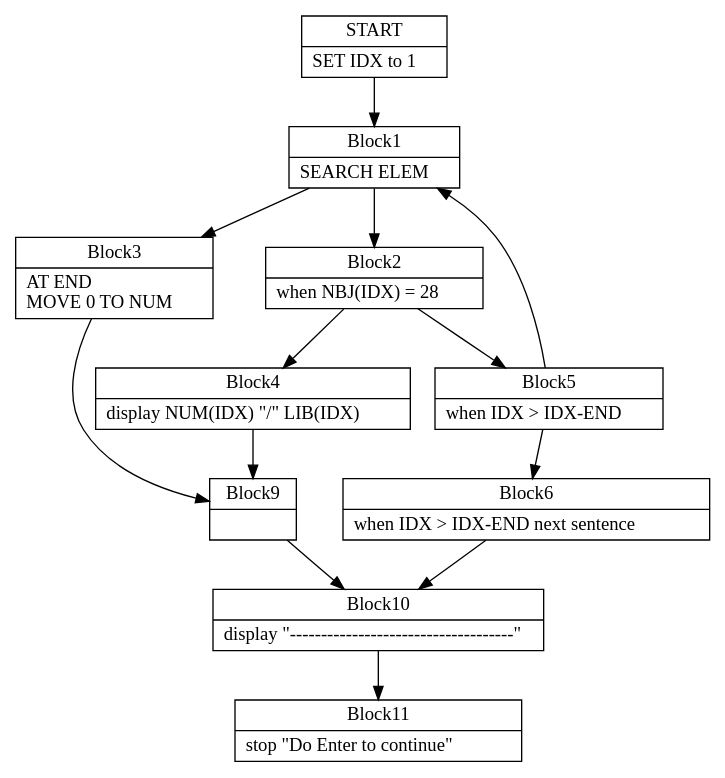
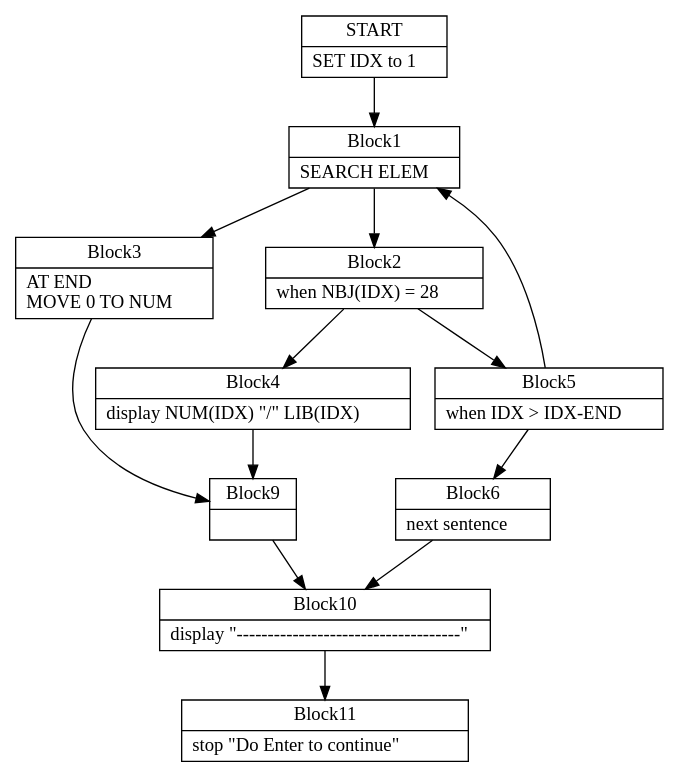
The diagram in TypeCobol.Analysis.Test/DotOutput/SearchCond0.dot (TypeCobolTeam/TypeCobol), drawn with Graphviz before and after one commit. The commit also changed 7 other files, not shown here.

```diff
--- a/TypeCobol.Analysis.Test/DotOutput/SearchCond0.dot
+++ b/TypeCobol.Analysis.Test/DotOutput/SearchCond0.dot
@@ -1,52 +1,52 @@
 digraph Cfg {
 node [
 shape = "record"
 ]
 
 edge [
 arrowtail = "empty"
 ]
 Block0 [
 label = "{START|    SET IDX to 1\l}"
 ]
 Block1 [
 label = "{Block1|    SEARCH ELEM\l}"
 ]
 Block2 [
 label = "{Block2|           when NBJ(IDX) = 28\l}"
 ]
 Block4 [
 label = "{Block4|           display NUM(IDX) \"/\" LIB(IDX)\l}"
 ]
 Block9 [
 label = "{Block9|}"
 ]
 Block10 [
 label = "{Block10|    display \"------------------------------------\"\l}"
 ]
 Block11 [
 label = "{Block11|    stop \"Do Enter to continue\"\l}"
 ]
 Block5 [
 label = "{Block5|           when IDX \> IDX-END\l}"
 ]
 Block6 [
-label = "{Block6|           when IDX \> IDX-END next sentence\l}"
+label = "{Block6|                              next sentence\l}"
 ]
 Block3 [
 label = "{Block3|         AT END\l            MOVE 0 TO NUM\l}"
 ]
 Block0 -> Block1
 Block1 -> Block2
 Block1 -> Block3
 Block2 -> Block4
 Block2 -> Block5
 Block4 -> Block9
 Block9 -> Block10
 Block10 -> Block11
 Block5 -> Block6
 Block5 -> Block1
 Block6 -> Block10
 Block3 -> Block9
 
 }
```
